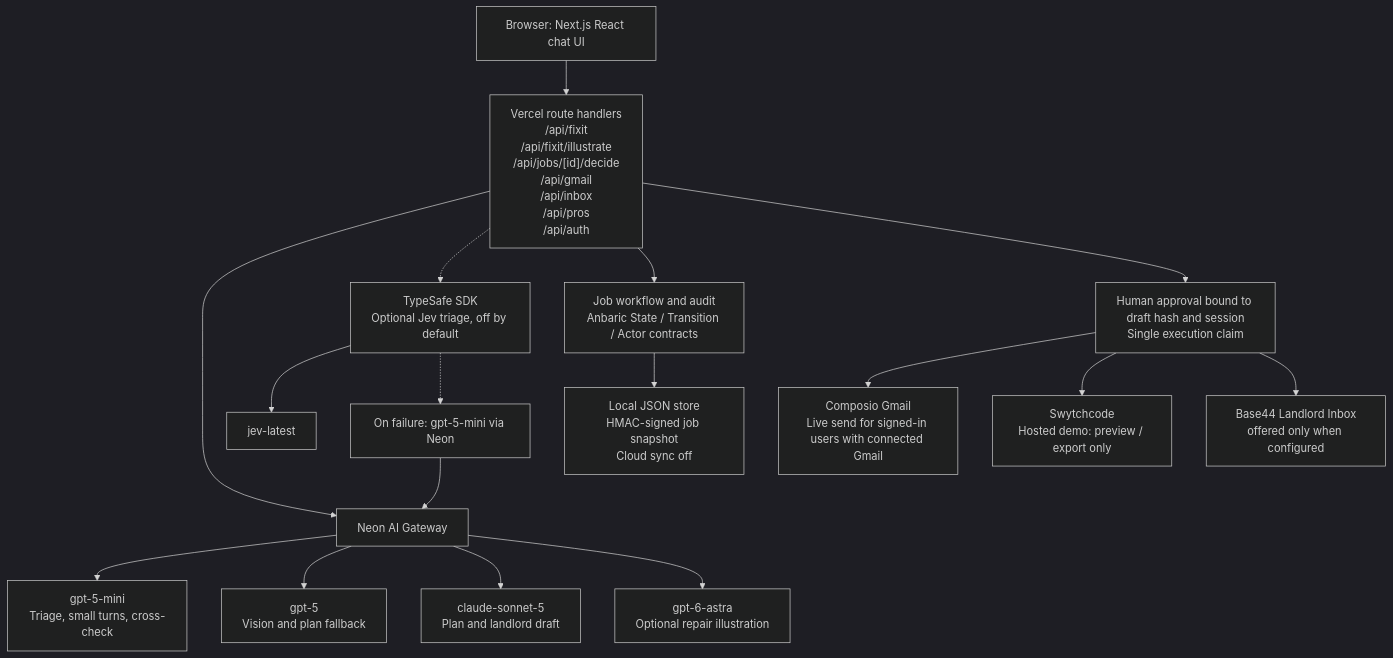
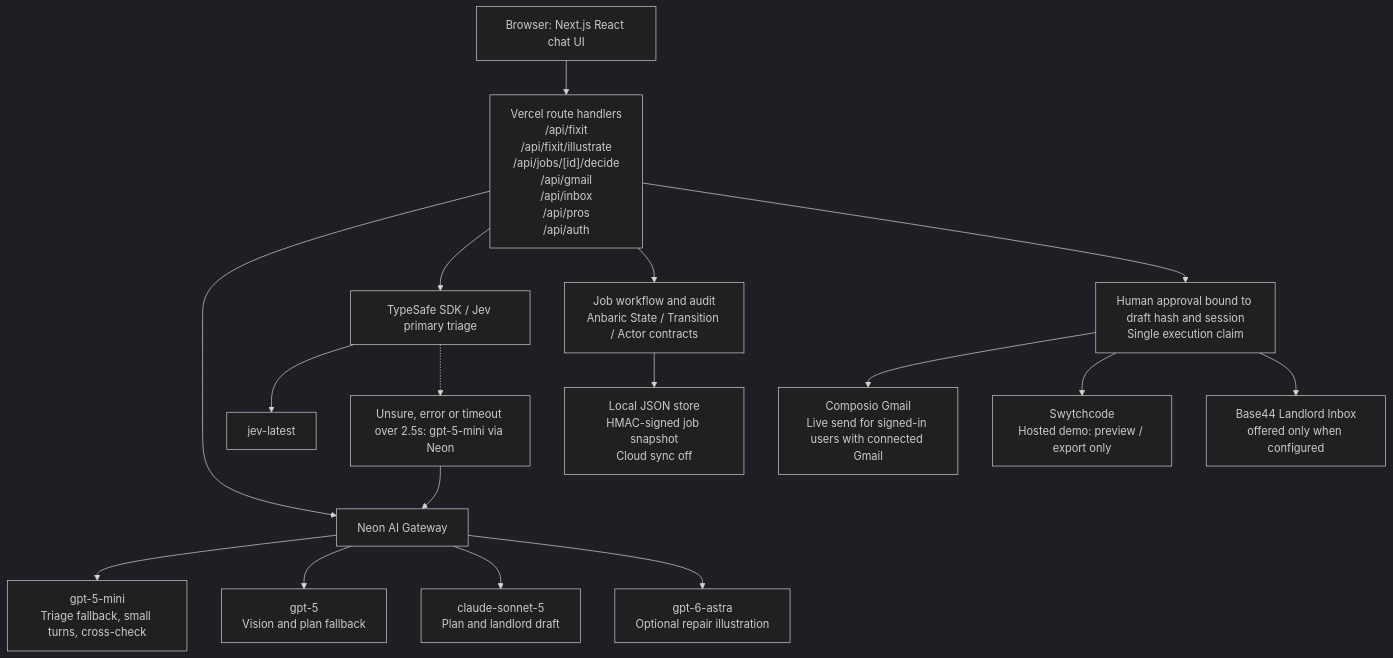
One commit to LuigiRaffaeleSianoCanoro/mmhack changed the first of 3 diagrams in README.md. Above: the diagram before and after it, drawn with Mermaid (dark theme). The commit also changed other lines of this file, not shown here.

Commit message:
README: Jev live as primary triage (PR #37), owner-vs-renter tenure (PR #35) (#38)

````diff
--- a/README.md
+++ b/README.md
@@ -104,23 +108,23 @@
 ```mermaid
 graph TD
     Browser["Browser: Next.js React chat UI"] --> Routes["Vercel route handlers<br/>/api/fixit<br/>/api/fixit/illustrate<br/>/api/jobs/[id]/decide<br/>/api/gmail<br/>/api/inbox<br/>/api/pros<br/>/api/auth"]
 
     Routes --> Neon["Neon AI Gateway"]
-    Neon --> Mini["gpt-5-mini<br/>Triage, small turns, cross-check"]
+    Neon --> Mini["gpt-5-mini<br/>Triage fallback, small turns, cross-check"]
     Neon --> GPT5["gpt-5<br/>Vision and plan fallback"]
     Neon --> Sonnet["claude-sonnet-5<br/>Plan and landlord draft"]
     Neon --> Astra["gpt-6-astra<br/>Optional repair illustration"]
 
-    Routes -.-> TypeSafe["TypeSafe SDK<br/>Optional Jev triage, off by default"]
+    Routes --> TypeSafe["TypeSafe SDK / Jev primary triage"]
     TypeSafe --> Jev["jev-latest"]
-    TypeSafe -.-> MiniFallback["On failure: gpt-5-mini via Neon"]
+    TypeSafe -.-> MiniFallback["Unsure, error or timeout over 2.5s: gpt-5-mini via Neon"]
     MiniFallback --> Neon
 
     Routes --> Jobs["Job workflow and audit<br/>Anbaric State / Transition / Actor contracts"]
     Jobs --> Store["Local JSON store<br/>HMAC-signed job snapshot<br/>Cloud sync off"]
 
     Routes --> Approval["Human approval bound to draft hash and session<br/>Single execution claim"]
     Approval --> Gmail["Composio Gmail<br/>Live send for signed-in users with connected Gmail"]
     Approval --> Swytchcode["Swytchcode<br/>Hosted demo: preview / export only"]
     Approval --> Base44["Base44 Landlord Inbox<br/>offered only when configured"]
 ```
````
